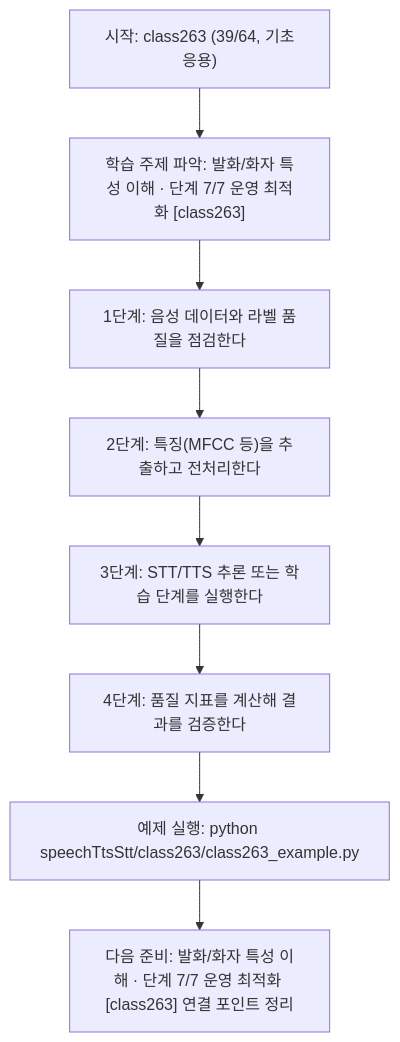
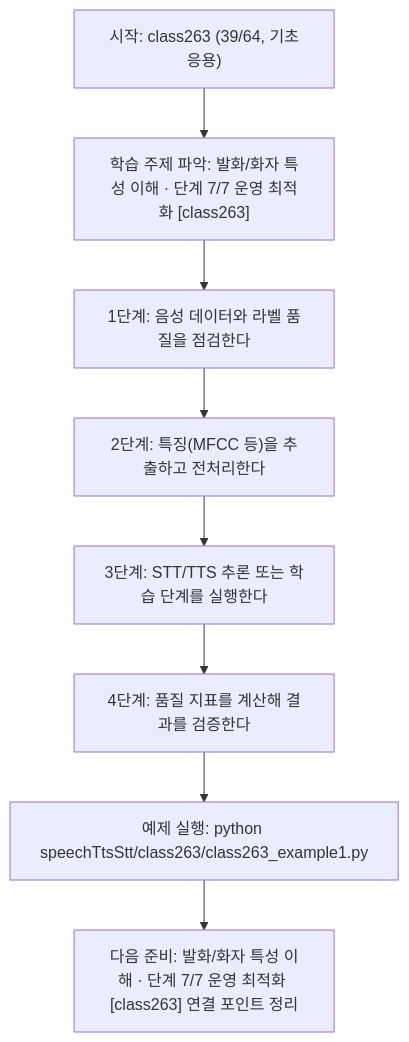
One commit to edumgt/Python-AI_Agent-Class changed the diagram in speechTtsStt/class263/class263.md. Above: the diagram before and after it, drawn with Mermaid. The commit also changed other lines of this file and 2959 other files, not shown here.

````diff
--- a/speechTtsStt/class263/class263.md
+++ b/speechTtsStt/class263/class263.md
@@ -115,18 +115,18 @@
 ```mermaid
 flowchart TD
 N1["시작: class263 (39/64, 기초응용)"]
 N2["학습 주제 파악: 발화/화자 특성 이해 · 단계 7/7 운영 최적화 [class263]"]
 N3["1단계: 음성 데이터와 라벨 품질을 점검한다"]
 N4["2단계: 특징(MFCC 등)을 추출하고 전처리한다"]
 N5["3단계: STT/TTS 추론 또는 학습 단계를 실행한다"]
 N6["4단계: 품질 지표를 계산해 결과를 검증한다"]
-N7["예제 실행: python speechTtsStt/class263/class263_example.py"]
+N7["예제 실행: python speechTtsStt/class263/class263_example1.py"]
 N8["다음 준비: 발화/화자 특성 이해 · 단계 7/7 운영 최적화 [class263] 연결 포인트 정리"]
 N1 --> N2
 N2 --> N3
 N3 --> N4
 N4 --> N5
 N5 --> N6
 N6 --> N7
 N7 --> N8
 ```
````
